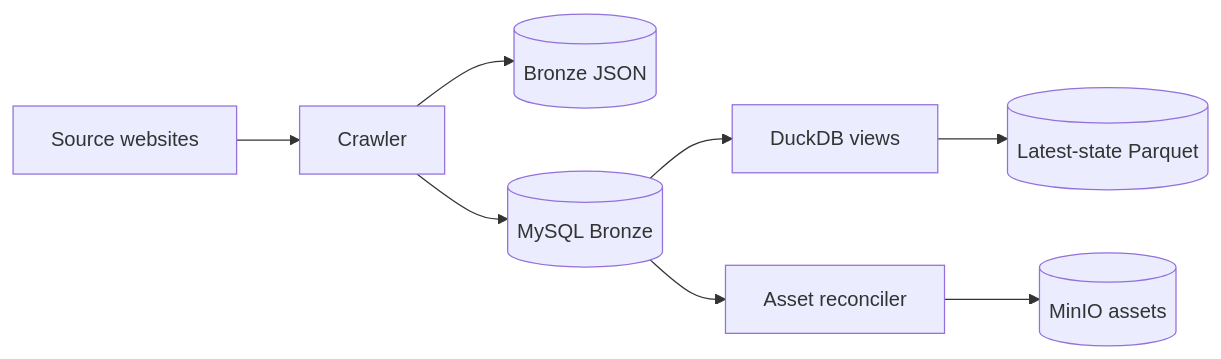
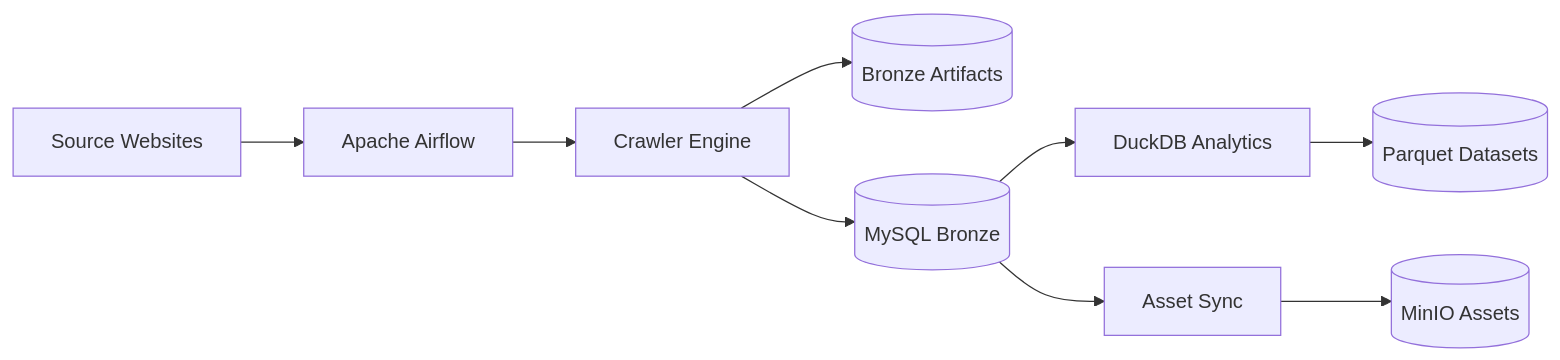
One commit to HauCoder2005/roombeacon-system changed the first of 3 diagrams in README.md. Above: the diagram before and after it, drawn with Mermaid. The commit also changed other lines of this file and 8 other files, not shown here.

````diff
--- a/README.md
+++ b/README.md
@@ -11,10 +198,28 @@
 ```mermaid
 flowchart LR
-    S[Source websites] --> C[Crawler]
-    C --> J[(Bronze JSON)]
-    C --> M[(MySQL Bronze)]
-    M --> D[DuckDB views]
-    D --> L[(Latest-state Parquet)]
-    M --> A[Asset reconciler]
-    A --> O[(MinIO assets)]
+    S[Source Websites]
+
+    A[Apache Airflow]
+    C[Crawler Engine]
+
+    B[(Bronze Artifacts)]
+    M[(MySQL Bronze)]
+
+    D[DuckDB Analytics]
+    P[(Parquet Datasets)]
+
+    AS[Asset Sync]
+    O[(MinIO Assets)]
+
+    S --> A
+    A --> C
+
+    C --> B
+    C --> M
+
+    M --> D
+    D --> P
+
+    M --> AS
+    AS --> O
 ```
````
